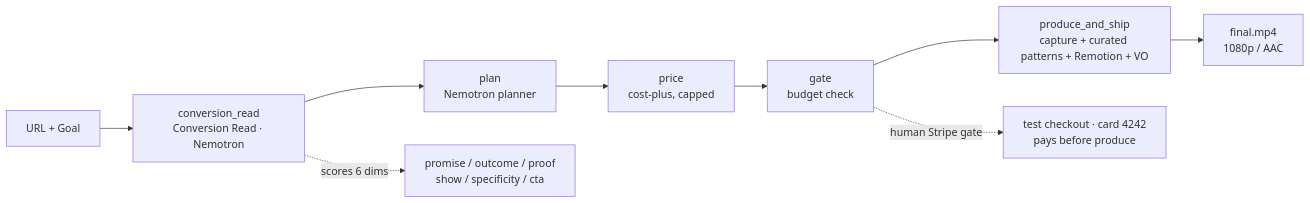
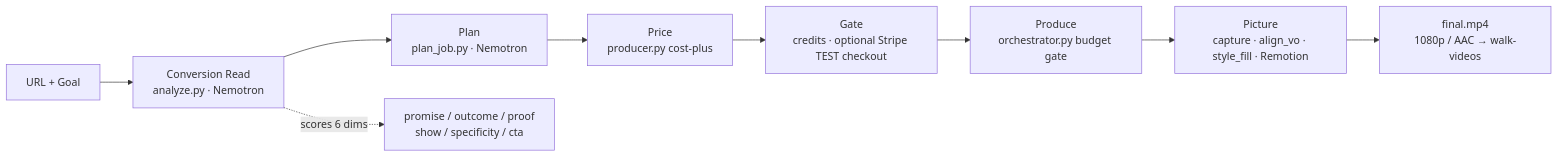
Before and after one commit to denniswanglabs/filmo: the first of 2 diagrams in README.md, drawn with Mermaid. The commit also changed other lines of this file and 37 other files, not shown here.

````diff
--- a/README.md
+++ b/README.md
@@ -47,12 +54,12 @@
 ```mermaid
 flowchart LR
-    A[URL + Goal] --> B[conversion_read<br/>Conversion Read · Nemotron]
-    B --> C[plan<br/>Nemotron planner]
-    C --> D[price<br/>cost-plus, capped]
-    D --> E[gate<br/>budget check]
-    E --> F[produce_and_ship<br/>capture + curated patterns + Remotion + VO]
-    F --> G[final.mp4<br/>1080p / AAC]
+    A[URL + Goal] --> B[Conversion Read<br/>analyze.py · Nemotron]
+    B --> C[Plan<br/>plan_job.py · Nemotron]
+    C --> D[Price<br/>producer.py cost-plus]
+    D --> E[Gate<br/>credits · optional Stripe TEST checkout]
+    E --> F[Produce<br/>orchestrator.py budget gate]
+    F --> G[Picture<br/>capture · align_vo · style_fill · Remotion]
+    G --> H[final.mp4<br/>1080p / AAC → walk-videos]
 
     B -. scores 6 dims .-> B1[promise / outcome / proof<br/>show / specificity / cta]
-    E -. human Stripe gate .-> E1[test checkout · card 4242<br/>pays before produce]
 ```
````
